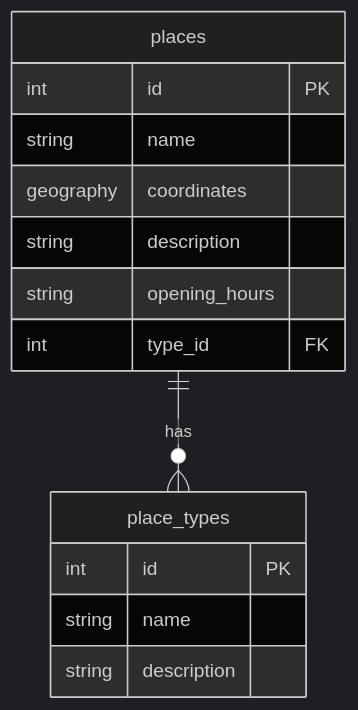
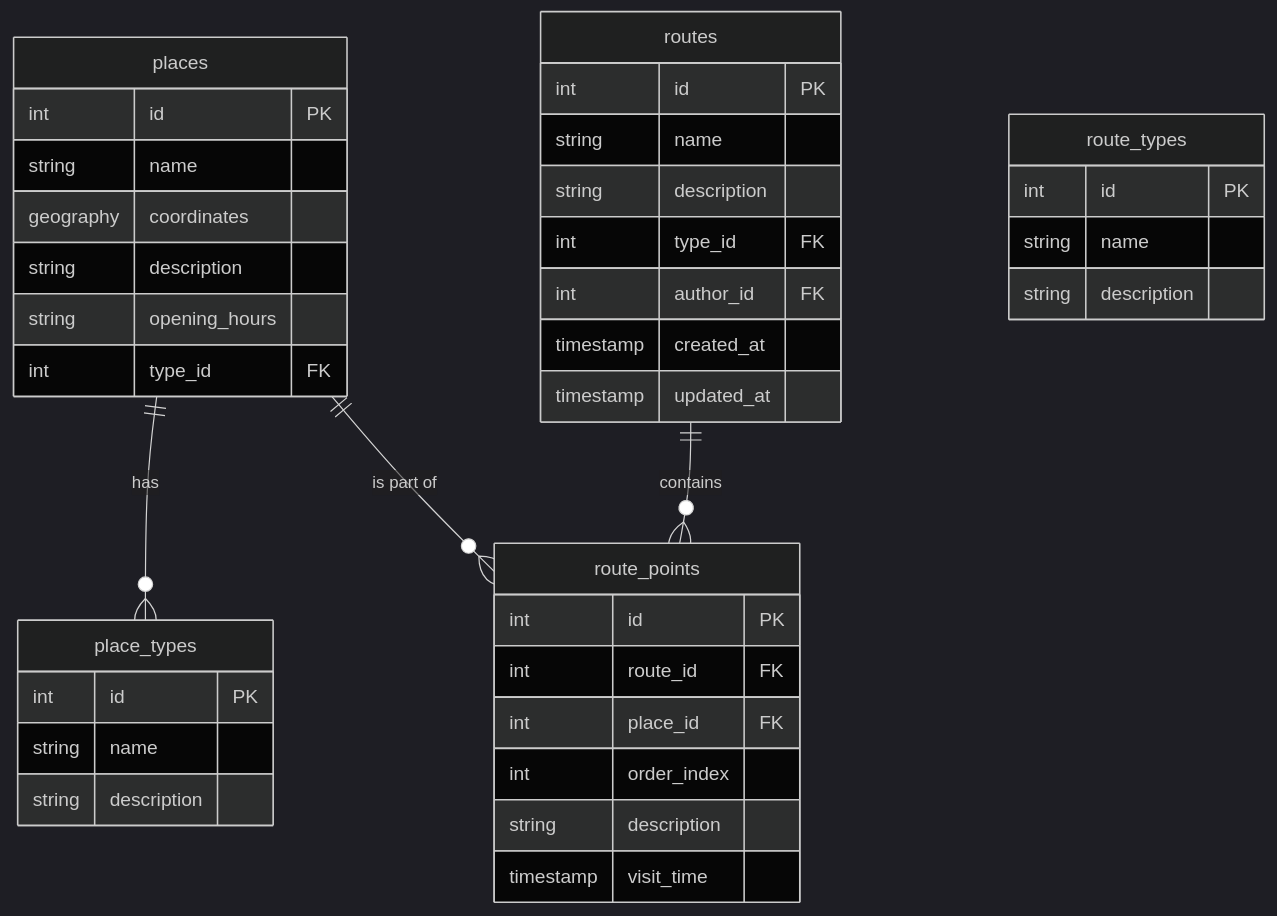
One commit to EgorZhidkov/navigator changed the second of 11 diagrams in docs/ARCHITECTURE.md. Above: the diagram before and after it, drawn with Mermaid (dark theme). The commit also changed other lines of this file and 5 other files, not shown here.

````diff
--- a/docs/ARCHITECTURE.md
+++ b/docs/ARCHITECTURE.md
@@ -34,17 +34,41 @@
 ```mermaid
 erDiagram
     places ||--o{ place_types : has
+    places ||--o{ route_points : "is part of"
     places {
         int id PK
         string name
         geography coordinates
         string description
         string opening_hours
         int type_id FK
     }
     place_types {
         int id PK
         string name
         string description
     }
+    routes ||--o{ route_points : contains
+    routes {
+        int id PK
+        string name
+        string description
+        int type_id FK
+        int author_id FK
+        timestamp created_at
+        timestamp updated_at
+    }
+    route_points {
+        int id PK
+        int route_id FK
+        int place_id FK
+        int order_index
+        string description
+        timestamp visit_time
+    }
+    route_types {
+        int id PK
+        string name
+        string description
+    }
 ```
````
